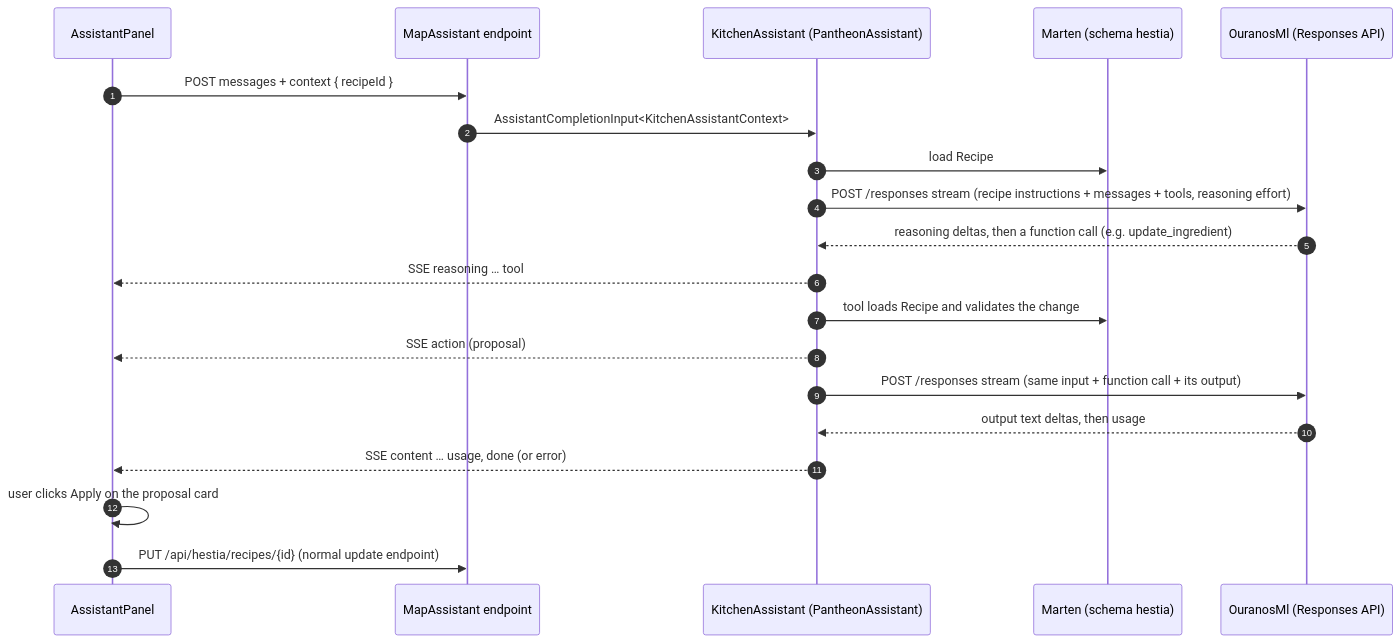
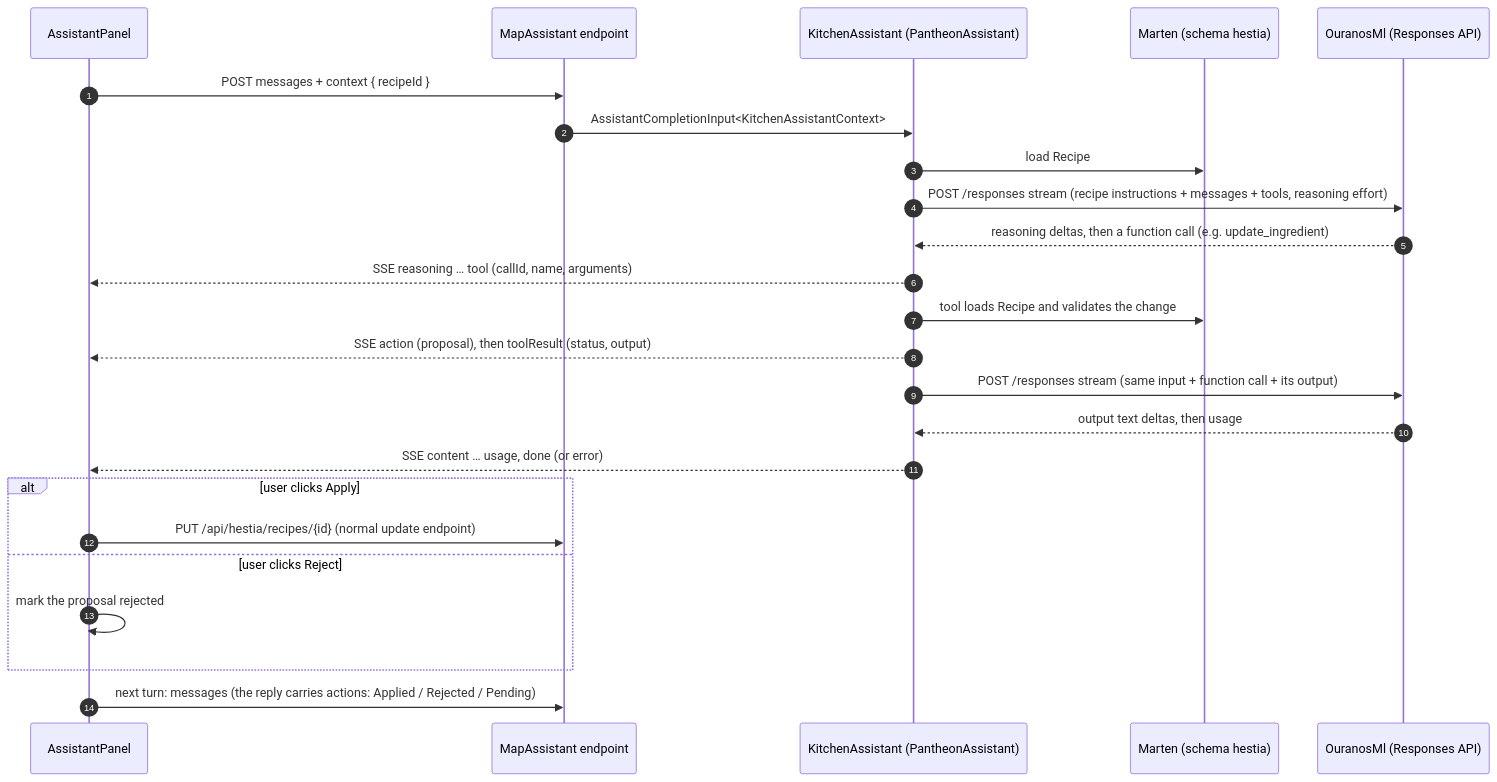
Before and after one commit to davwales/ouranos-pantheon: the seventh of 7 diagrams in docs/architecture/06-runtime-view.md, drawn with Mermaid. The commit also changed other lines of this file and 53 other files, not shown here.

````diff
--- a/docs/architecture/06-runtime-view.md
+++ b/docs/architecture/06-runtime-view.md
@@ -259,23 +259,27 @@
 ```mermaid
 sequenceDiagram
     autonumber
     participant UI as AssistantPanel
     participant EP as MapAssistant endpoint
     participant A as KitchenAssistant (PantheonAssistant)
     participant ES as Marten (schema hestia)
     participant ML as OuranosMl (Responses API)
 
     UI ->> EP: POST messages + context { recipeId }
     EP ->> A: AssistantCompletionInput<KitchenAssistantContext>
     A ->> ES: load Recipe
     A ->> ML: POST /responses stream (recipe instructions + messages + tools, reasoning effort)
     ML -->> A: reasoning deltas, then a function call (e.g. update_ingredient)
-    A -->> UI: SSE reasoning … tool
+    A -->> UI: SSE reasoning … tool (callId, name, arguments)
     A ->> ES: tool loads Recipe and validates the change
-    A -->> UI: SSE action (proposal)
+    A -->> UI: SSE action (proposal), then toolResult (status, output)
     A ->> ML: POST /responses stream (same input + function call + its output)
     ML -->> A: output text deltas, then usage
     A -->> UI: SSE content … usage, done (or error)
-    UI ->> UI: user clicks Apply on the proposal card
-    UI ->> EP: PUT /api/hestia/recipes/{id} (normal update endpoint)
+    alt user clicks Apply
+        UI ->> EP: PUT /api/hestia/recipes/{id} (normal update endpoint)
+    else user clicks Reject
+        UI ->> UI: mark the proposal rejected
+    end
+    UI ->> EP: next turn: messages (the reply carries actions: Applied / Rejected / Pending)
 ```
````
